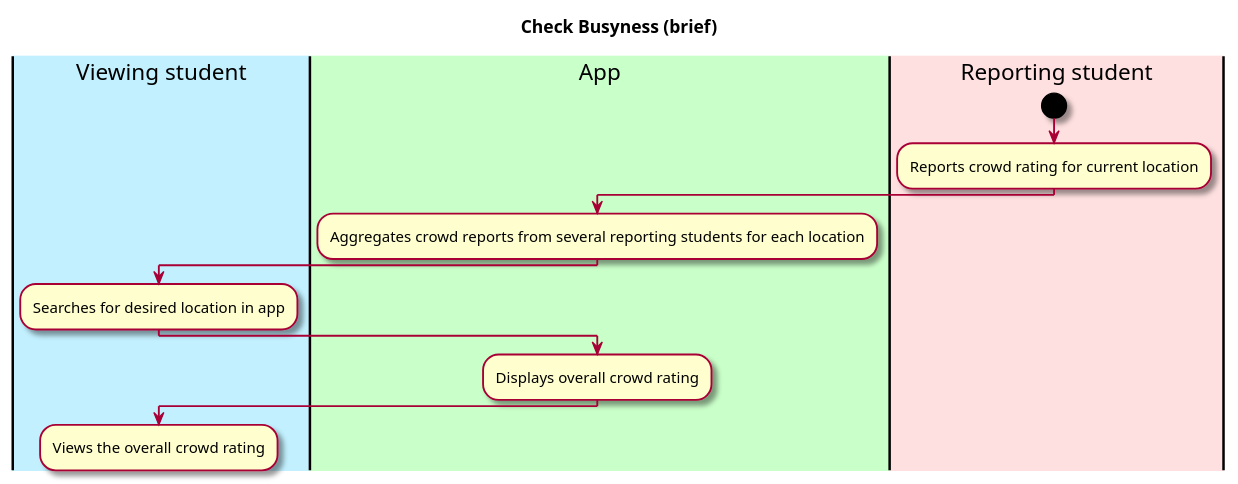
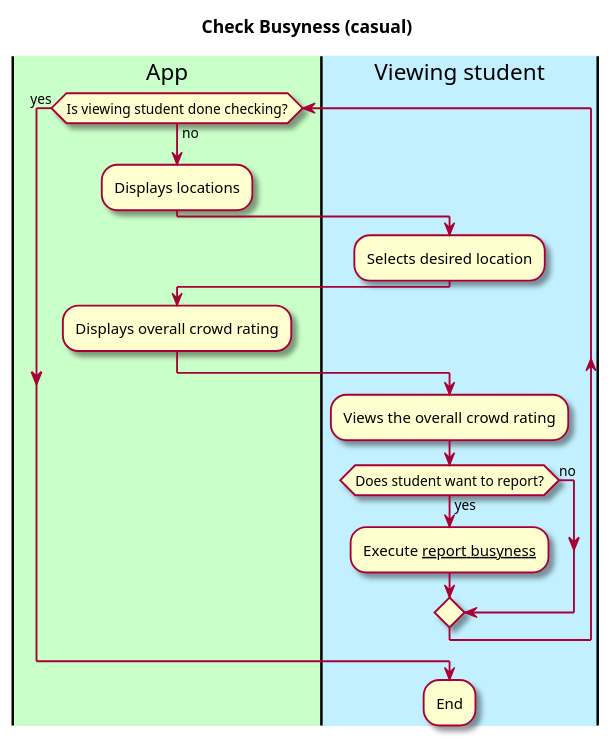
The first of 2 diagrams in intellij/documentation/use_cases/check_busyness.md (manoushpajouh/Vassar-Crowdmeter), drawn with PlantUML before and after one commit. The commit also changed other lines of this file and 1 other file, not shown here.

Commit message:
updated check busyness and report busyness use cases

````diff
--- a/intellij/documentation/use_cases/check_busyness.md
+++ b/intellij/documentation/use_cases/check_busyness.md
@@ -26,30 +26,31 @@
 ```plantuml
 @startuml
 
 skin rose
 
-title Check Busyness (brief)
+title Check Busyness (casual)
 
 'define the lanes
+|#technology|App|
 |#application|Viewing student|
-|#technology|App|
-|#implementation|Reporting student|
-
-|Reporting student|
-start 
-:Reports crowd rating for current location;
 
 |App|
-:Aggregates crowd reports from several reporting students for each location;
+while (Is viewing student done checking?) is (no)
+:Displays locations;
 
 |Viewing student|
-:Searches for desired location in app;
+:Selects desired location;
 
 |App|
 :Displays overall crowd rating;
 
 |Viewing student|
 :Views the overall crowd rating;
-
+if (Does student want to report?) is (yes) then 
+:Execute __report busyness__;
+else (no)
+endif
+endwhile (yes)
+:End; 
 @enduml
 ```
````
